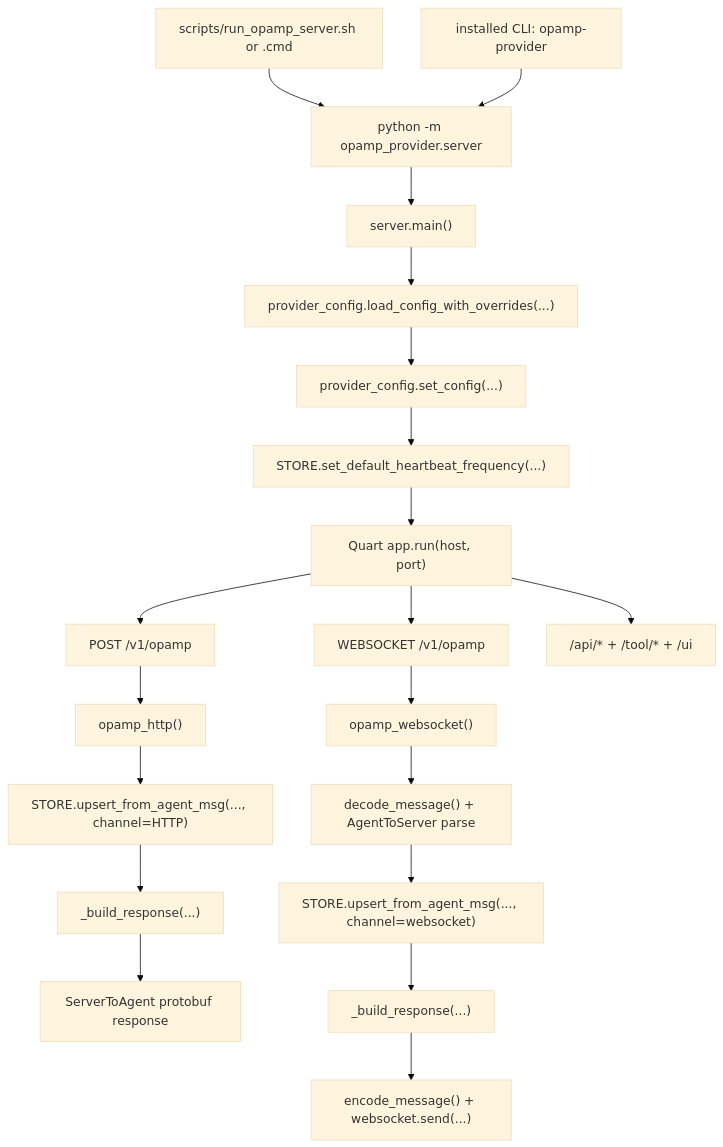
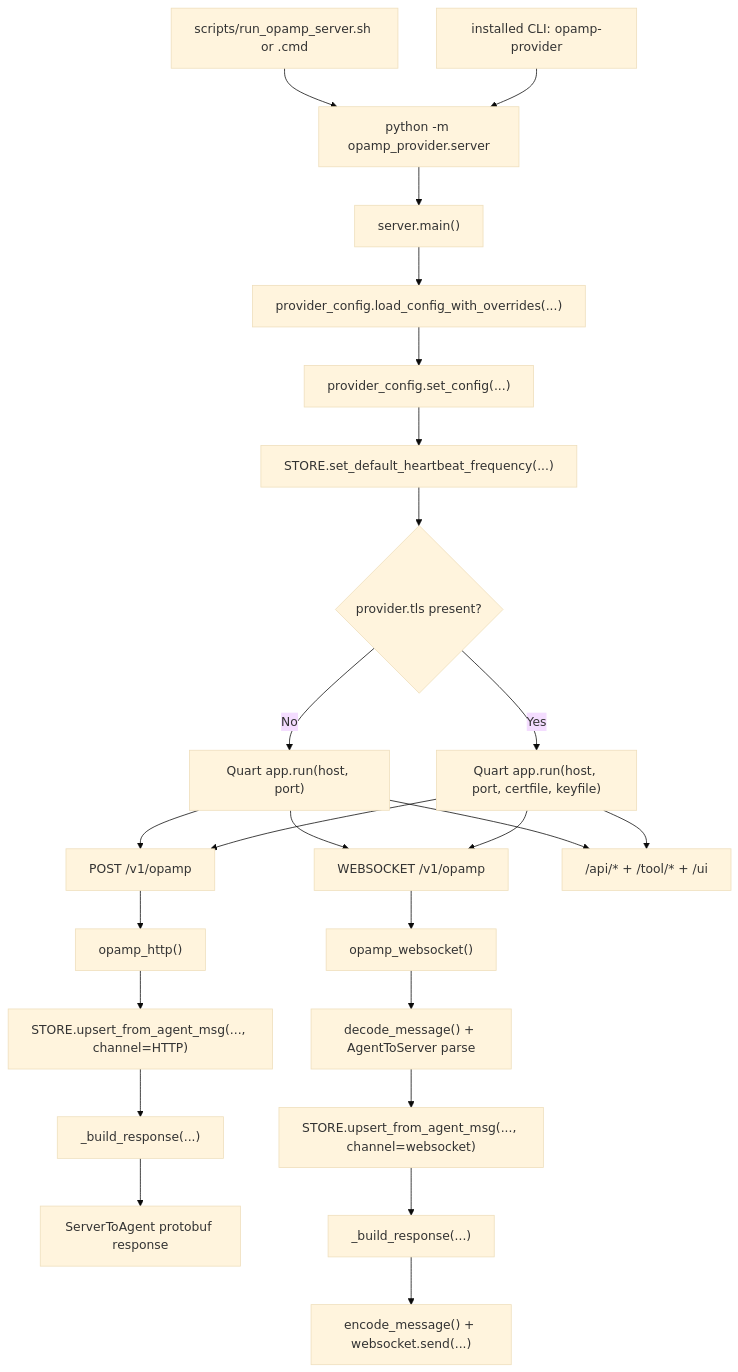
One commit to mp3monster/fluent-bit-opamp changed the second of 4 diagrams in docs/provider_server_diagram.md. Above: the diagram before and after it, drawn with Mermaid (base theme). The commit also changed other lines of this file and 34 other files, not shown here.

````diff
--- a/docs/provider_server_diagram.md
+++ b/docs/provider_server_diagram.md
@@ -127,26 +128,32 @@
 ```mermaid
 flowchart TD
     A["scripts/run_opamp_server.sh or .cmd"] --> B["python -m opamp_provider.server"]
     C["installed CLI: opamp-provider"] --> B
 
     B --> D["server.main()"]
     D --> E["provider_config.load_config_with_overrides(...)"]
     E --> F["provider_config.set_config(...)"]
     F --> G["STORE.set_default_heartbeat_frequency(...)"]
-    G --> H["Quart app.run(host, port)"]
+    G --> H{"provider.tls present?"}
+    H -->|No| I["Quart app.run(host, port)"]
+    H -->|Yes| J["Quart app.run(host, port, certfile, keyfile)"]
 
-    H --> I["POST /v1/opamp"]
-    H --> J["WEBSOCKET /v1/opamp"]
-    H --> K["/api/* + /tool/* + /ui"]
+    I --> K["POST /v1/opamp"]
+    I --> L["WEBSOCKET /v1/opamp"]
+    I --> M["/api/* + /tool/* + /ui"]
 
-    I --> L["opamp_http()"]
-    L --> M["STORE.upsert_from_agent_msg(..., channel=HTTP)"]
-    M --> N["_build_response(...)"]
-    N --> O["ServerToAgent protobuf response"]
+    J --> K
+    J --> L
+    J --> M
 
-    J --> P["opamp_websocket()"]
-    P --> Q["decode_message() + AgentToServer parse"]
-    Q --> R["STORE.upsert_from_agent_msg(..., channel=websocket)"]
-    R --> S["_build_response(...)"]
-    S --> T["encode_message() + websocket.send(...)"]
+    K --> N["opamp_http()"]
+    N --> O["STORE.upsert_from_agent_msg(..., channel=HTTP)"]
+    O --> P["_build_response(...)"]
+    P --> Q["ServerToAgent protobuf response"]
+
+    L --> R["opamp_websocket()"]
+    R --> S["decode_message() + AgentToServer parse"]
+    S --> T["STORE.upsert_from_agent_msg(..., channel=websocket)"]
+    T --> U["_build_response(...)"]
+    U --> V["encode_message() + websocket.send(...)"]
 ```
````
